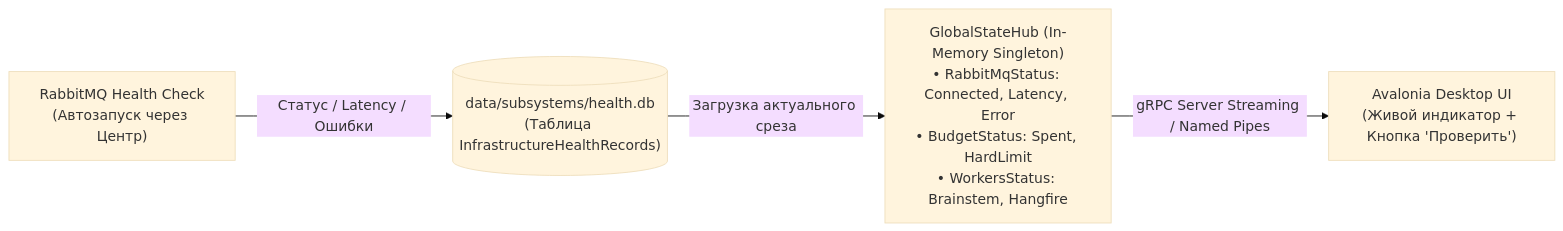
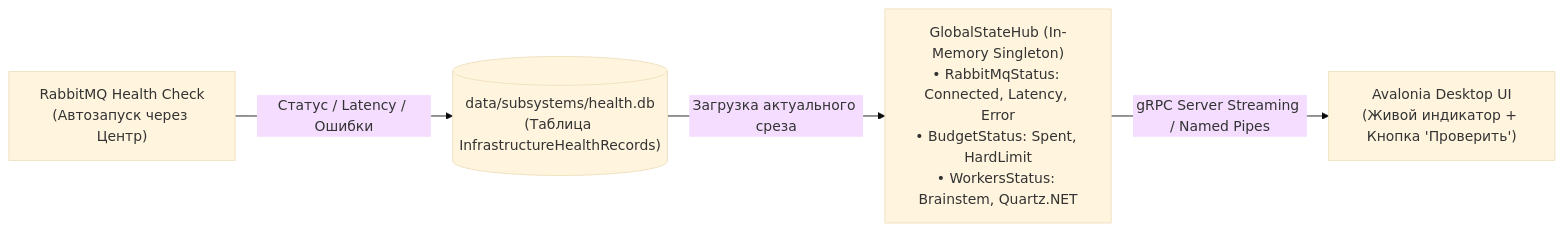
The diagram in docs/plans/initial_arch/09-data-protection-and-state-hub.md (abberdeen/CyberPipe), drawn with Mermaid (base theme) before and after one commit. The commit also changed other lines of this file and 97 other files, not shown here.

First line of the commit message:
docs(plans): remove outdated architecture documentation files

````diff
--- a/docs/plans/initial_arch/09-data-protection-and-state-hub.md
+++ b/docs/plans/initial_arch/09-data-protection-and-state-hub.md
@@ -184,6 +186,6 @@
 ```mermaid
 flowchart LR
     RMQ["RabbitMQ Health Check<br/>(Автозапуск через Центр)"] -->|Статус / Latency / Ошибки| DB[("data/subsystems/health.db<br/>(Таблица InfrastructureHealthRecords)")]
-    DB -->|Загрузка актуального среза| Hub["GlobalStateHub (In-Memory Singleton)<br/>• RabbitMqStatus: Connected, Latency, Error<br/>• BudgetStatus: Spent, HardLimit<br/>• WorkersStatus: Brainstem, Hangfire"]
+    DB -->|Загрузка актуального среза| Hub["GlobalStateHub (In-Memory Singleton)<br/>• RabbitMqStatus: Connected, Latency, Error<br/>• BudgetStatus: Spent, HardLimit<br/>• WorkersStatus: Brainstem, Quartz.NET"]
     Hub -->|gRPC Server Streaming / Named Pipes| UI["Avalonia Desktop UI<br/>(Живой индикатор + Кнопка 'Проверить')"]
 ```
````
